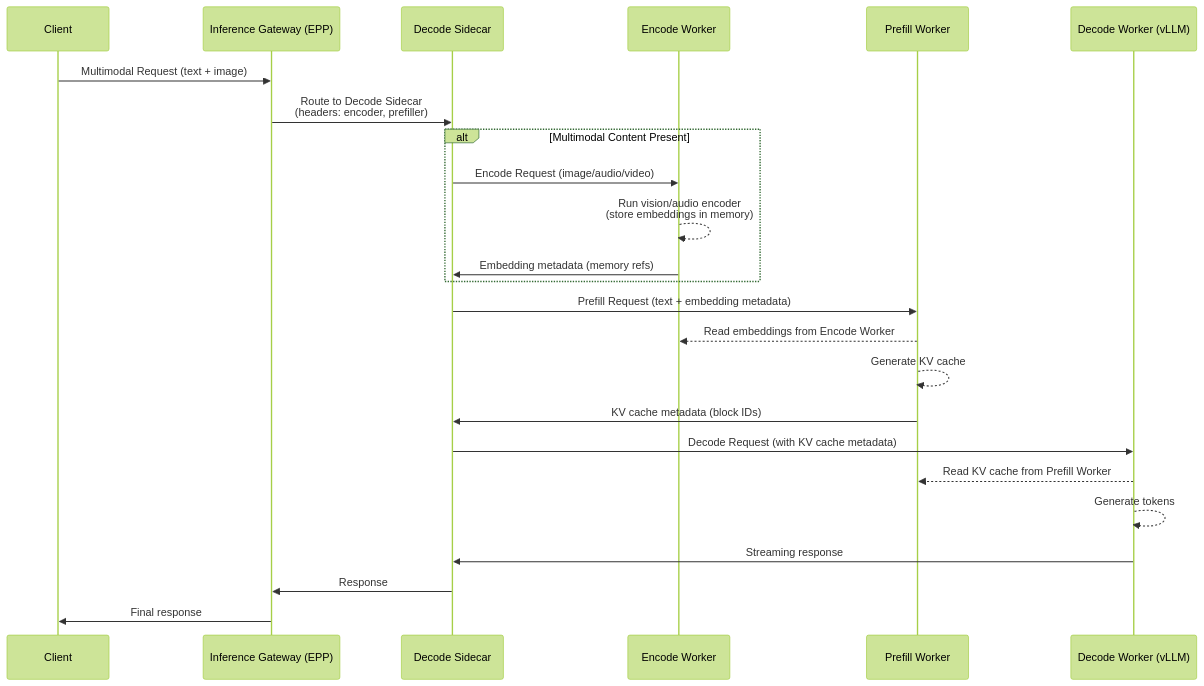
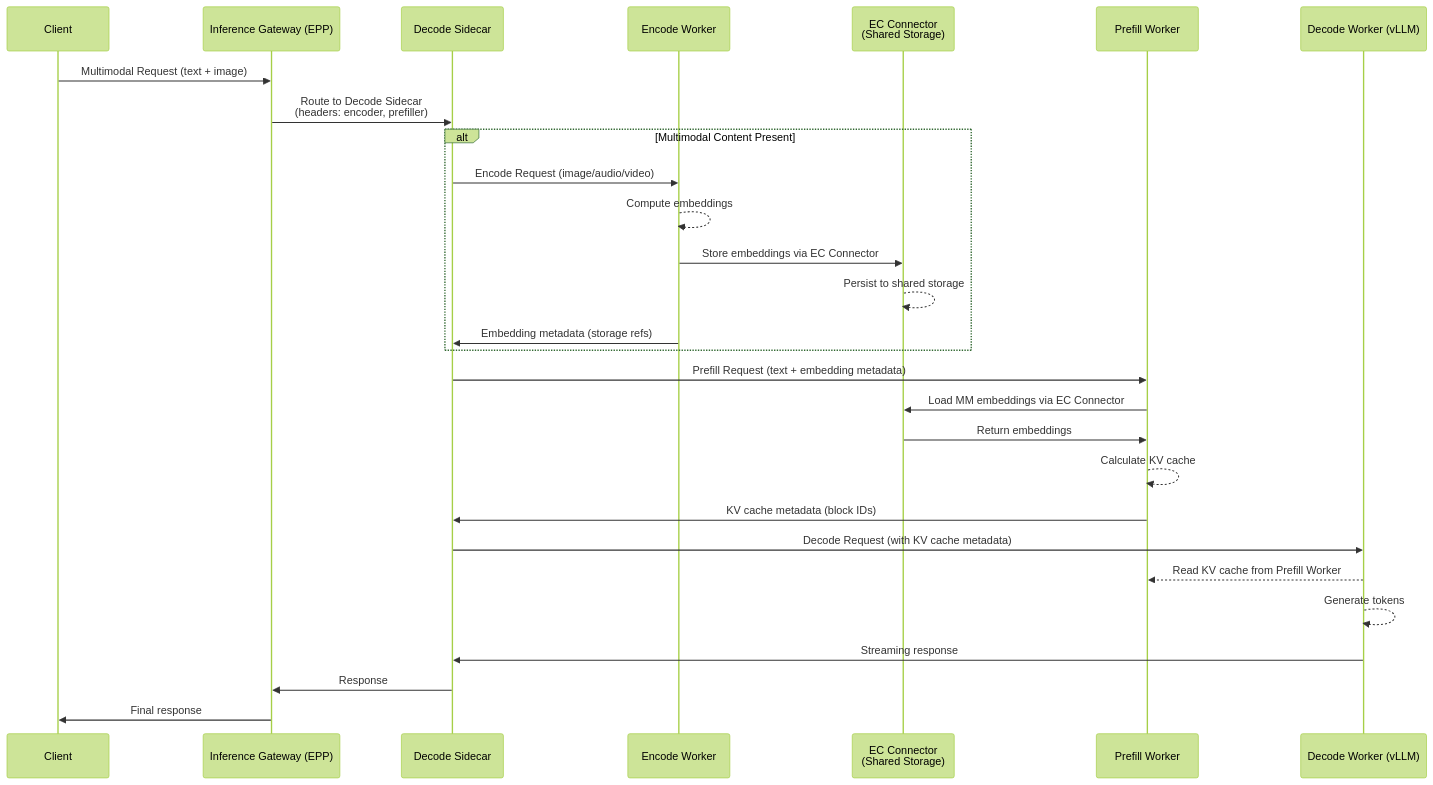
The first of 2 diagrams in docs/epd_disaggregation_proposal.md (llm-d/llm-d-inference-scheduler), drawn with Mermaid (forest theme) before and after one commit. The commit also changed other lines of this file, not shown here.

Commit message:
update flow diagram

````diff
--- a/docs/epd_disaggregation_proposal.md
+++ b/docs/epd_disaggregation_proposal.md
@@ -140,30 +141,34 @@
 ```mermaid
 sequenceDiagram
     participant C as Client
     participant I as Inference Gateway (EPP)
     participant DS as Decode Sidecar
     participant E as Encode Worker
+    participant EC as EC Connector<br/>(Shared Storage)
     participant P as Prefill Worker
     participant D as Decode Worker (vLLM)
 
     C->>I: Multimodal Request (text + image)
     I->>DS: Route to Decode Sidecar<br/>(headers: encoder, prefiller)
     
     alt Multimodal Content Present
         DS->>E: Encode Request (image/audio/video)
-        E-->>E: Run vision/audio encoder<br/>(store embeddings in memory)
-        E->>DS: Embedding metadata (memory refs)
+        E-->>E: Compute embeddings
+        E->>EC: Store embeddings via EC Connector
+        EC-->>EC: Persist to shared storage
+        E->>DS: Embedding metadata (storage refs)
     end
     
     DS->>P: Prefill Request (text + embedding metadata)
-    P-->>E: Read embeddings from Encode Worker
-    P-->>P: Generate KV cache
+    P->>EC: Load MM embeddings via EC Connector
+    EC->>P: Return embeddings
+    P-->>P: Calculate KV cache
     P->>DS: KV cache metadata (block IDs)
     
     DS->>D: Decode Request (with KV cache metadata)
     D-->>P: Read KV cache from Prefill Worker
     D-->>D: Generate tokens
     D->>DS: Streaming response
     DS->>I: Response
     I->>C: Final response
 ```
````
